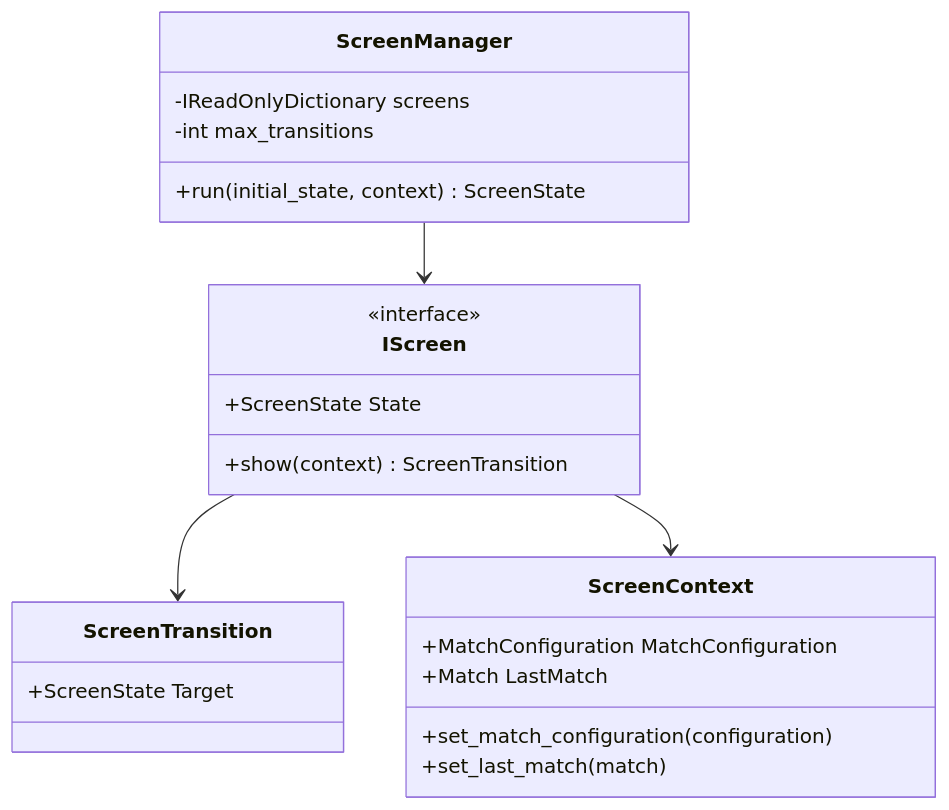
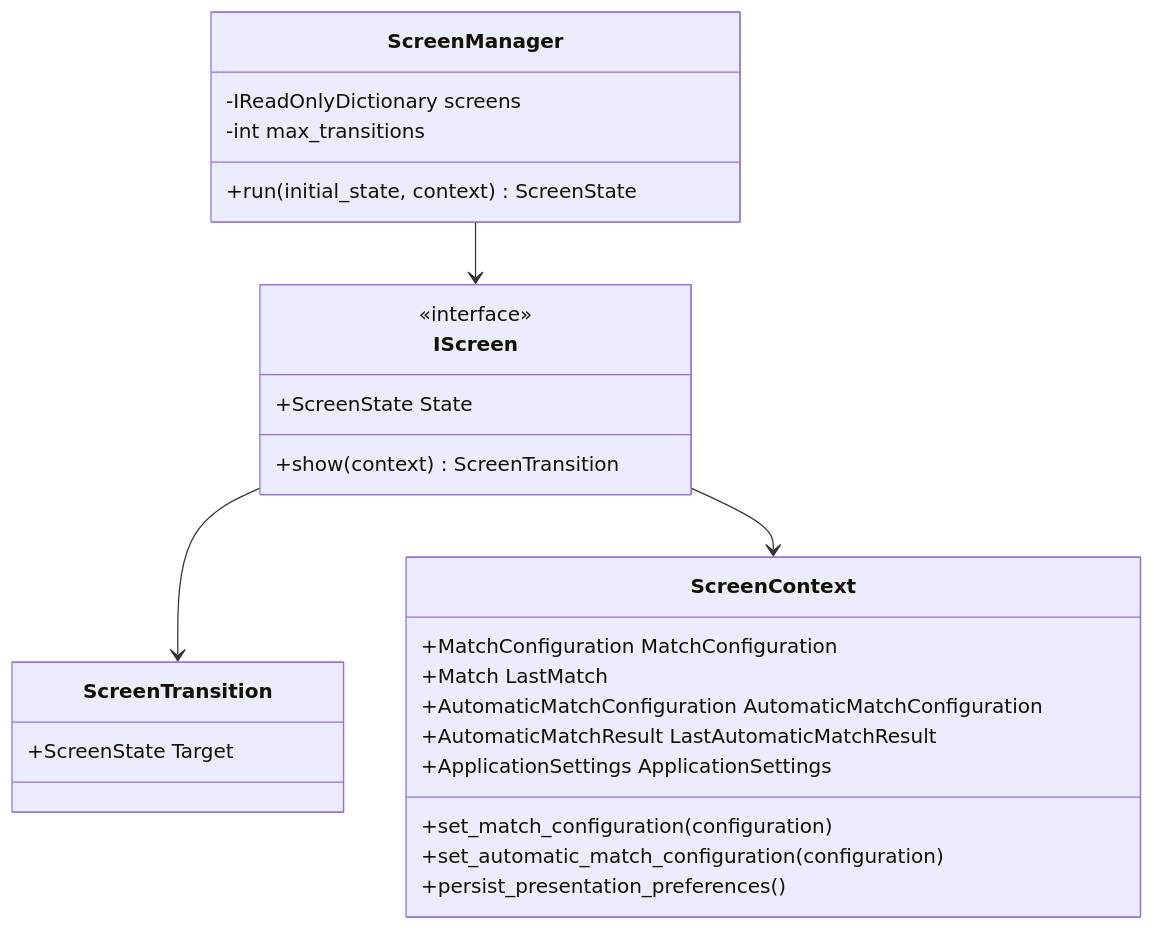
The first of 3 diagrams in docs/17-screen-manager.md (m4rc3lo/Tic-Tac-Toe), drawn with Mermaid before and after one commit. The commit also changed other lines of this file and 36 other files, not shown here.

````diff
--- a/docs/17-screen-manager.md
+++ b/docs/17-screen-manager.md
@@ -25,29 +25,33 @@
 ```mermaid
 classDiagram
     class ScreenManager {
         -IReadOnlyDictionary screens
         -int max_transitions
         +run(initial_state, context) ScreenState
     }
 
     class IScreen {
         <<interface>>
         +ScreenState State
         +show(context) ScreenTransition
     }
 
     class ScreenTransition {
         +ScreenState Target
     }
 
     class ScreenContext {
         +MatchConfiguration MatchConfiguration
         +Match LastMatch
+        +AutomaticMatchConfiguration AutomaticMatchConfiguration
+        +AutomaticMatchResult LastAutomaticMatchResult
+        +ApplicationSettings ApplicationSettings
         +set_match_configuration(configuration)
-        +set_last_match(match)
+        +set_automatic_match_configuration(configuration)
+        +persist_presentation_preferences()
     }
 
     ScreenManager --> IScreen
     IScreen --> ScreenTransition
     IScreen --> ScreenContext
 ```
````
